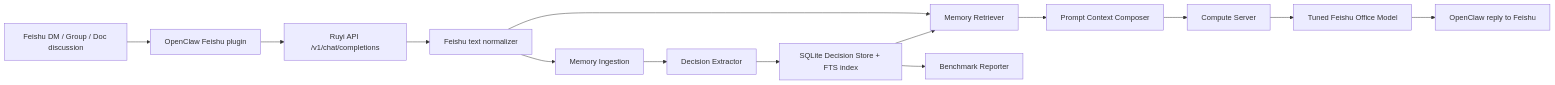
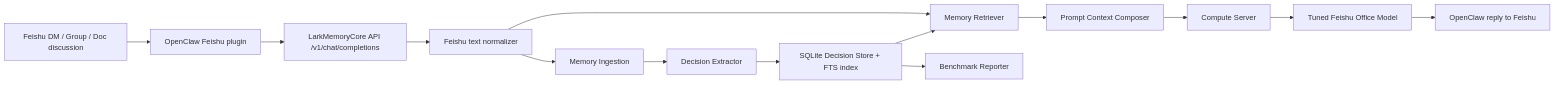
One commit to WuXintong123/LarkMemoryCore changed the diagram in docs/memory-definition-architecture-whitepaper.md. Above: the diagram before and after it, drawn with Mermaid. The commit also changed other lines of this file and 95 other files, not shown here.

Commit message:
feat: rebrand runtime as LarkMemoryCore

````diff
--- a/docs/memory-definition-architecture-whitepaper.md
+++ b/docs/memory-definition-architecture-whitepaper.md
@@ -18,16 +18,16 @@
 ```mermaid
 flowchart LR
   A["Feishu DM / Group / Doc discussion"] --> B["OpenClaw Feishu plugin"]
-  B --> C["Ruyi API /v1/chat/completions"]
+  B --> C["LarkMemoryCore API /v1/chat/completions"]
   C --> D["Feishu text normalizer"]
   D --> E["Memory Ingestion"]
   E --> F["Decision Extractor"]
   F --> G["SQLite Decision Store + FTS index"]
   D --> H["Memory Retriever"]
   G --> H
   H --> I["Prompt Context Composer"]
   I --> J["Compute Server"]
   J --> K["Tuned Feishu Office Model"]
   K --> L["OpenClaw reply to Feishu"]
   G --> M["Benchmark Reporter"]
 ```
````
